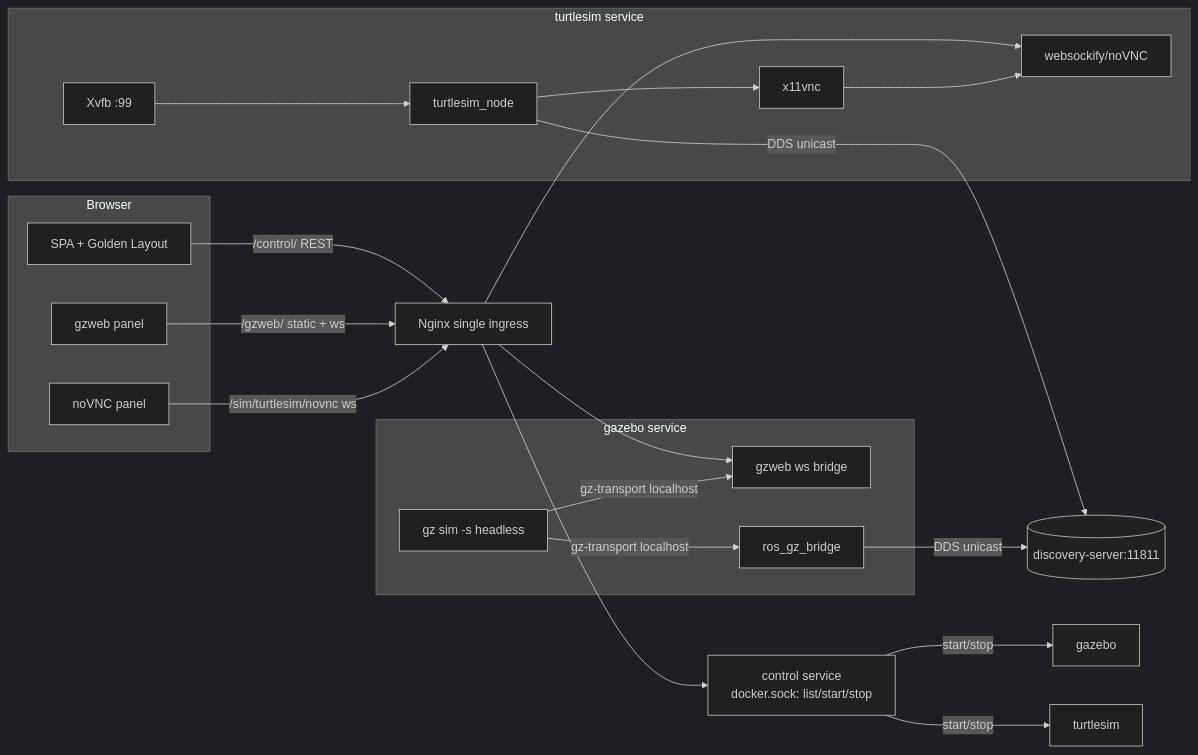
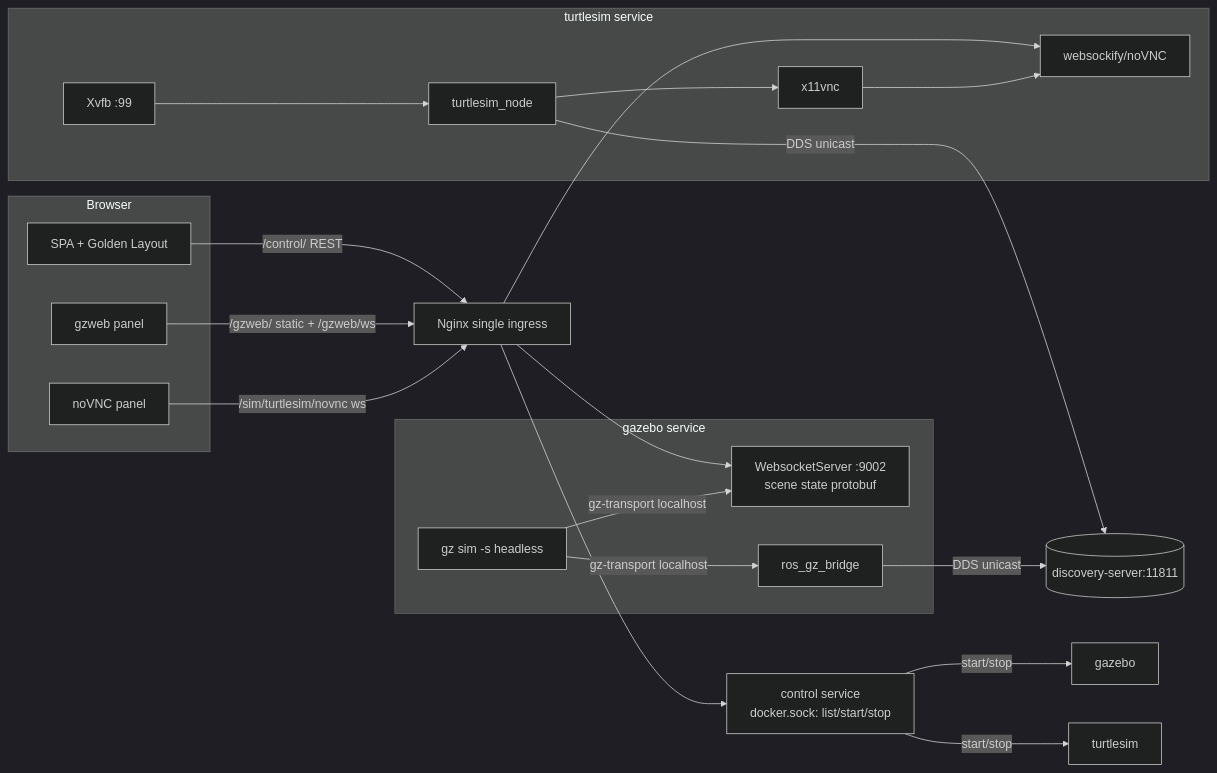
The diagram in docs/prds/uberos-simulation-visualization.md (jmservera/uberos), drawn with Mermaid (dark theme) before and after one commit. The commit also changed other lines of this file, not shown here.

````diff
--- a/docs/prds/uberos-simulation-visualization.md
+++ b/docs/prds/uberos-simulation-visualization.md
@@ -135,28 +141,28 @@
 ```mermaid
 flowchart LR
   subgraph Browser
     SPA[SPA + Golden Layout]
     GZP[gzweb panel]
     TSP[noVNC panel]
   end
   SPA -->|/control/ REST| PX[Nginx single ingress]
-  GZP -->|/gzweb/ static + ws| PX
+  GZP -->|/gzweb/ static + /gzweb/ws| PX[Nginx single ingress]
   TSP -->|/sim/turtlesim/novnc ws| PX
   PX --> CTL[control service<br/>docker.sock: list/start/stop]
-  PX --> GZB[gzweb ws bridge]
+  PX --> GZB[WebsocketServer :9002<br/>scene state protobuf]
   PX --> TVNC[websockify/noVNC]
 
   subgraph gazebo service
     GZS[gz sim -s headless] -->|gz-transport localhost| GZB
     GZS -->|gz-transport localhost| BR[ros_gz_bridge]
     GZB
   end
   subgraph turtlesim service
     XVFB[Xvfb :99] --> TN[turtlesim_node]
     TN --> X11VNC[x11vnc] --> TVNC
   end
   BR -->|DDS unicast| DS[(discovery-server:11811)]
   TN -->|DDS unicast| DS
   CTL -->|start/stop| gazebo
   CTL -->|start/stop| turtlesim
 ```
````
